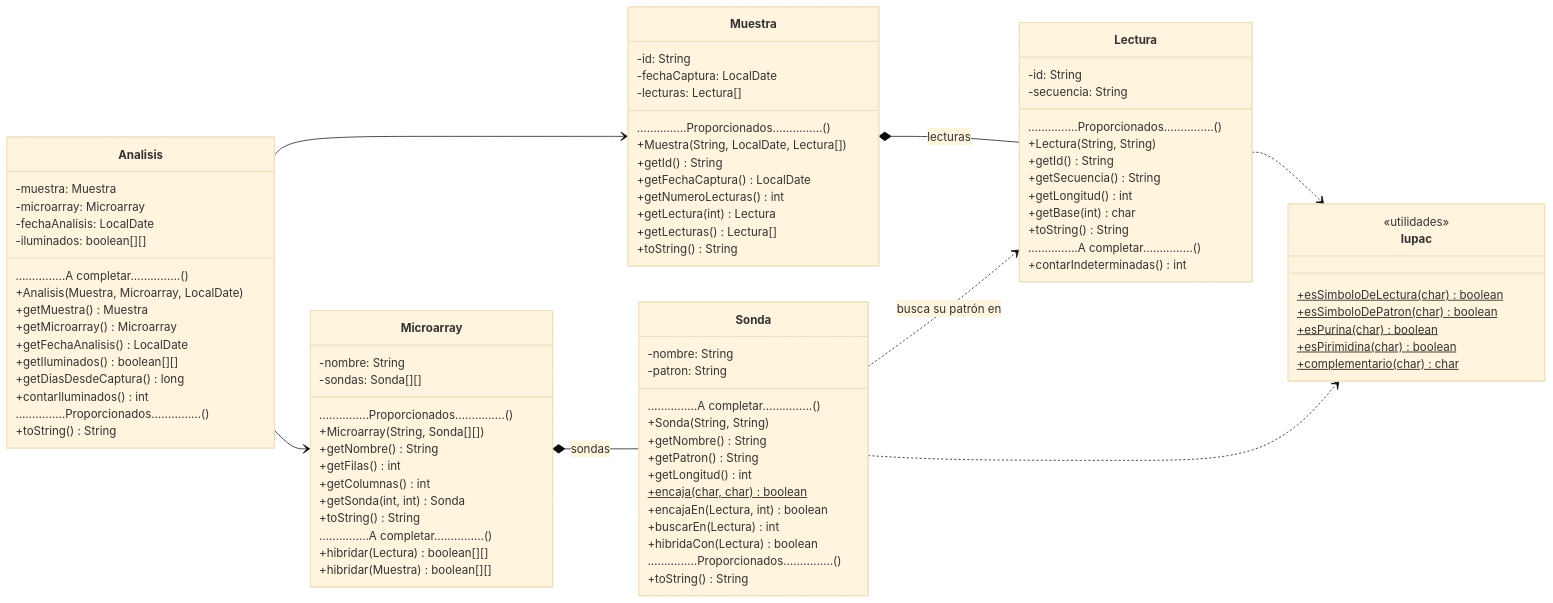
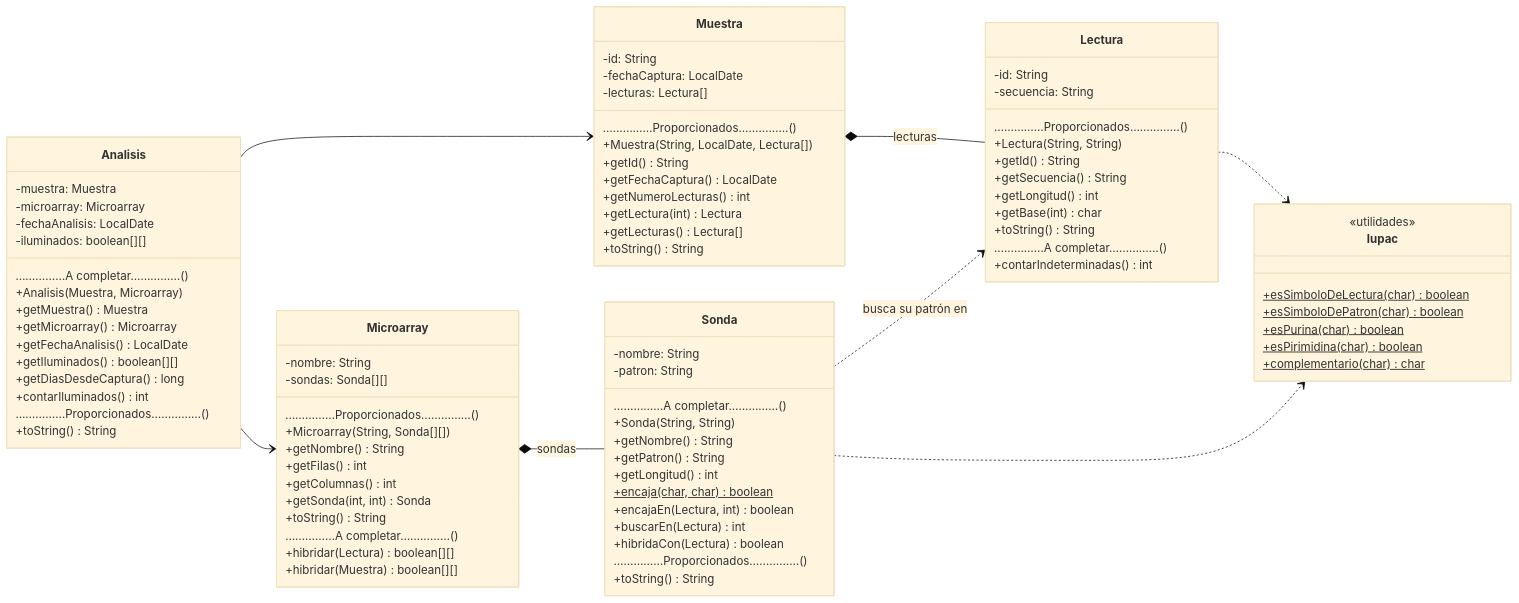
Before and after one commit to ysmartin/fprg-2026-P2-dev: the diagram in README.md, drawn with Mermaid (base theme). The commit also changed other lines of this file and 38 other files, not shown here.

```diff
--- a/README.md
+++ b/README.md
@@ -141,7 +143,7 @@
 -fechaAnalisis: LocalDate
 -iluminados: boolean[][]
 ……………A completar……………()
-+Analisis(Muestra, Microarray, LocalDate)
++Analisis(Muestra, Microarray)
 +getMuestra() Muestra
 +getMicroarray() Microarray
 +getFechaAnalisis() LocalDate
```
